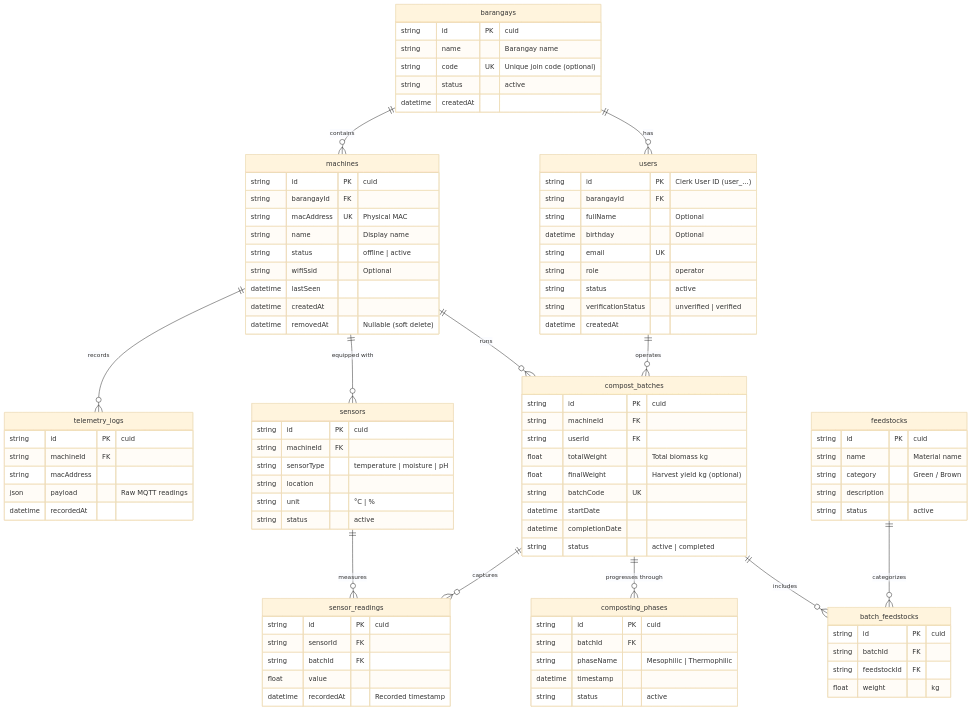
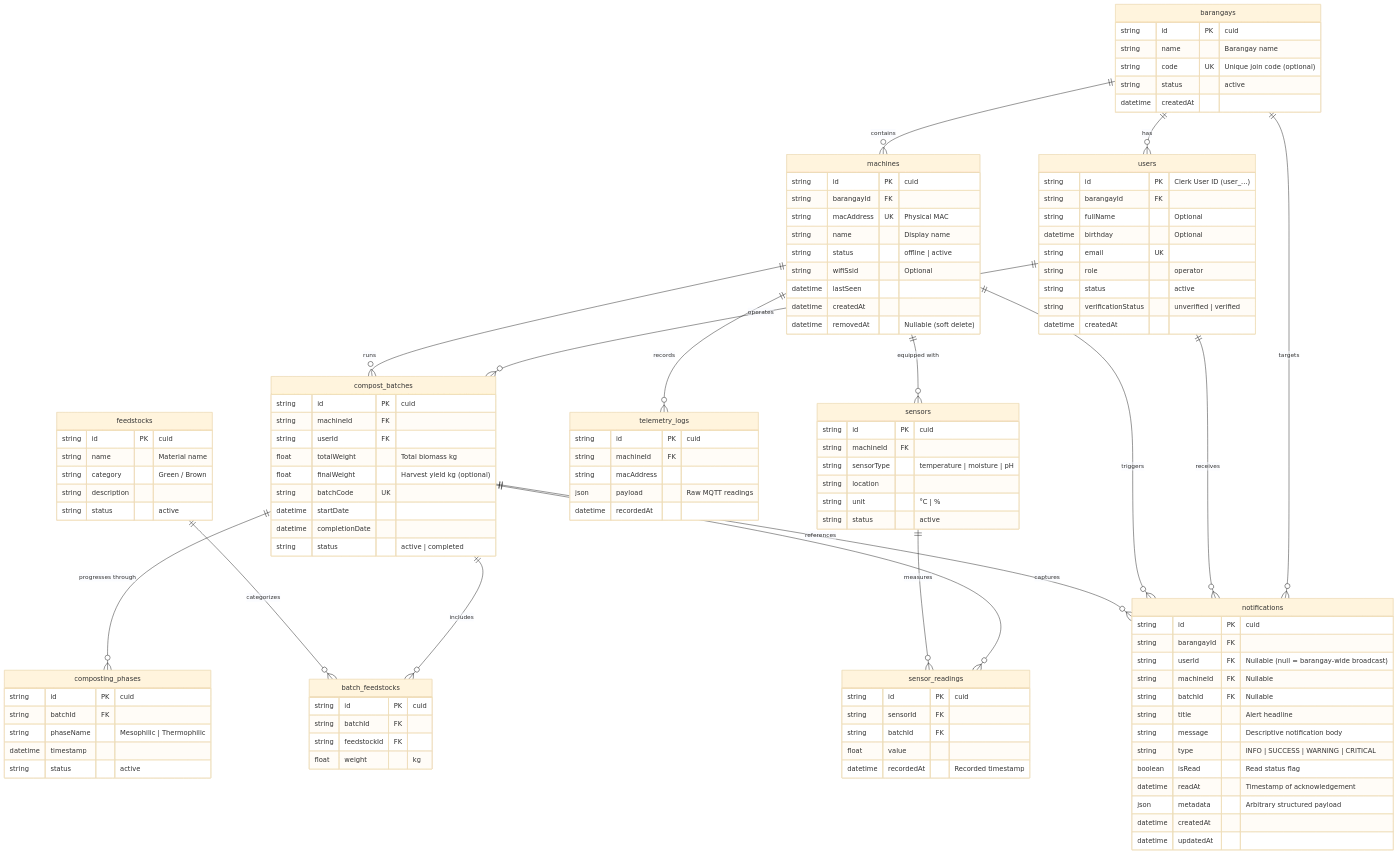
The diagram in docs/database/schema-and-design.md (likha-innovations/sagana-backend), drawn with Mermaid (base theme) before and after one commit. The commit also changed 4 other files, not shown here.

Commit message:
docs(notifications): document notifications module, schema, telemetry triggers, and socket rooms

````diff
--- a/docs/database/schema-and-design.md
+++ b/docs/database/schema-and-design.md
@@ -44,6 +44,10 @@
     compost_batches ||--o{ composting_phases : "progresses through"
     compost_batches ||--o{ sensor_readings : "captures"
     sensors ||--o{ sensor_readings : "measures"
+    barangays ||--o{ notifications : "targets"
+    users ||--o{ notifications : "receives"
+    machines ||--o{ notifications : "triggers"
+    compost_batches ||--o{ notifications : "references"
 
     barangays {
         string id PK "cuid"
@@ -136,4 +140,20 @@
         float value
         datetime recordedAt "Recorded timestamp"
     }
+
+    notifications {
+        string id PK "cuid"
+        string barangayId FK
+        string userId FK "Nullable (null = barangay-wide broadcast)"
+        string machineId FK "Nullable"
+        string batchId FK "Nullable"
+        string title "Alert headline"
+        string message "Descriptive notification body"
+        string type "INFO | SUCCESS | WARNING | CRITICAL"
+        boolean isRead "Read status flag"
+        datetime readAt "Timestamp of acknowledgement"
+        json metadata "Arbitrary structured payload"
+        datetime createdAt
+        datetime updatedAt
+    }
 ```
````
